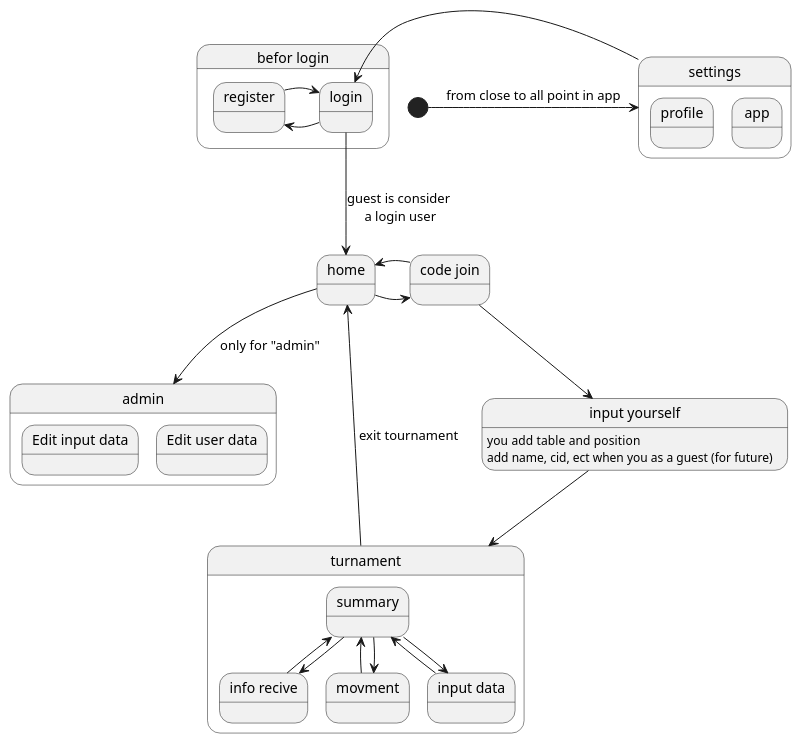
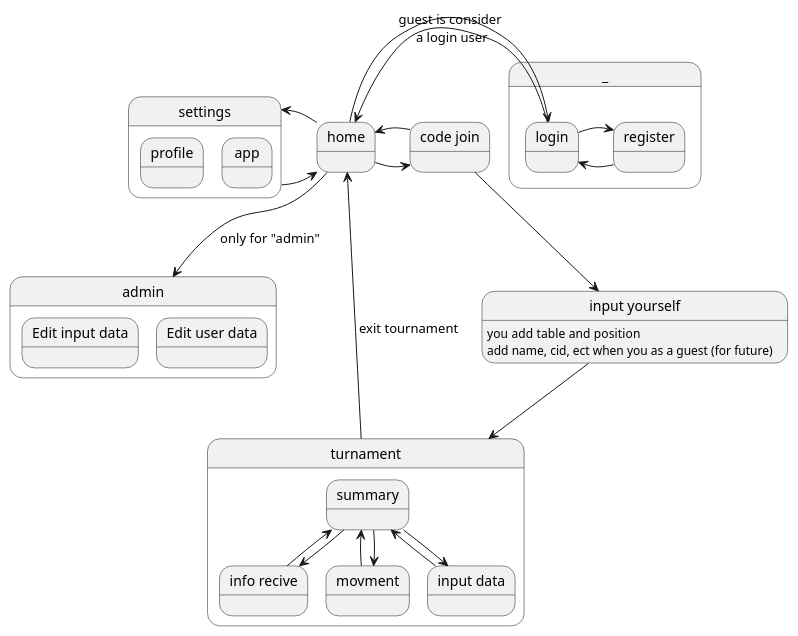
Before and after one commit to jarek7410/afmib_mobile: the diagram in diagrams/screens.puml, drawn with PlantUML. The commit also changed 16 other files, not shown here.

```diff
--- a/diagrams/screens.puml
+++ b/diagrams/screens.puml
@@ -1,47 +1,49 @@
 @startuml
-State B as "befor login"{
+State B as "_"{
     state B1 as "login"
     state B2 as "register"
+ B2 -> B1
  B1 -> B2
- B2 -> B1
 }
 
-B1 --> A1:guest is consider\n a login user
+A1 -> B1:guest is consider\n a login user
+A1 <- B1
 'State A as "after login"{
 state A1 as "home"
 state A3 as "code join"
 state C as "settings"{
     state C1 as "profile"
     state C2 as "app"
 }
-[*]->C : from close to all point in app
+'[*]->C : from close to all point in app
 state A4 as "input yourself"
       A4 :you add  table and position
       A4 : add name, cid, ect when you as a guest (for future)
-C -> B1
+C -> A1
+C <- A1
  A3 --> A4
  A4 -->D
  A1 -> A3
  A3 ->A1
  D --> A1 : exit tournament
 state D as "turnament"{
    state D0 as "summary"
    state D1 as "info recive"
    state D2 as "movment"
    state D3 as "input data"
    D0 --> D1
    D0 --> D2
    D0 --> D3
    D0 <-- D1
    D0 <-- D2
    D0 <-- D3
 }
 state E as "admin"{
     state E1 as "Edit input data"
     state E2 as "Edit user data"
 }
 A1 --> E :only for "admin"
 
 
 
 @enduml
```
